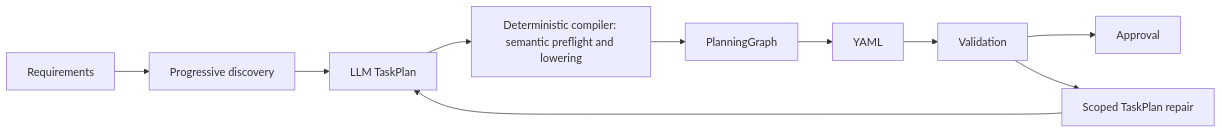
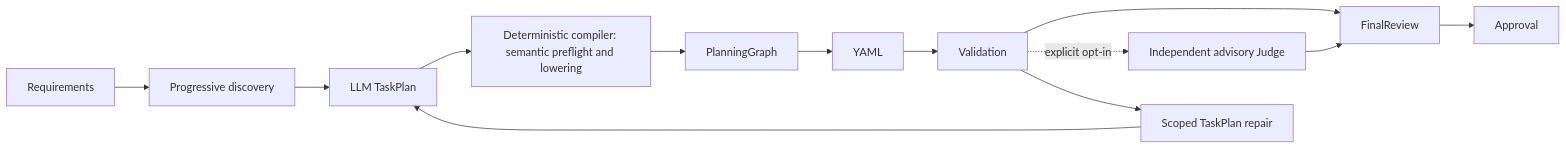
The diagram in docs/workflow-planning-v9.md (GnouGo/GnouGo), drawn with Mermaid before and after one commit. The commit also changed other lines of this file and 82 other files, not shown here.

````diff
--- a/docs/workflow-planning-v9.md
+++ b/docs/workflow-planning-v9.md
@@ -7,12 +7,15 @@
 ```mermaid
 flowchart LR
   Requirements --> Discovery[Progressive discovery]
   Discovery --> Tasks[LLM TaskPlan]
   Tasks --> Compiler[Deterministic compiler: semantic preflight and lowering]
   Compiler --> Graph[PlanningGraph]
   Graph --> YAML
   YAML --> Validation
-  Validation --> Approval
+  Validation --> Review[FinalReview]
+  Validation -. explicit opt-in .-> Judge[Independent advisory Judge]
+  Judge --> Review
+  Review --> Approval
   Validation --> Repair[Scoped TaskPlan repair]
   Repair --> Tasks
 ```
````
